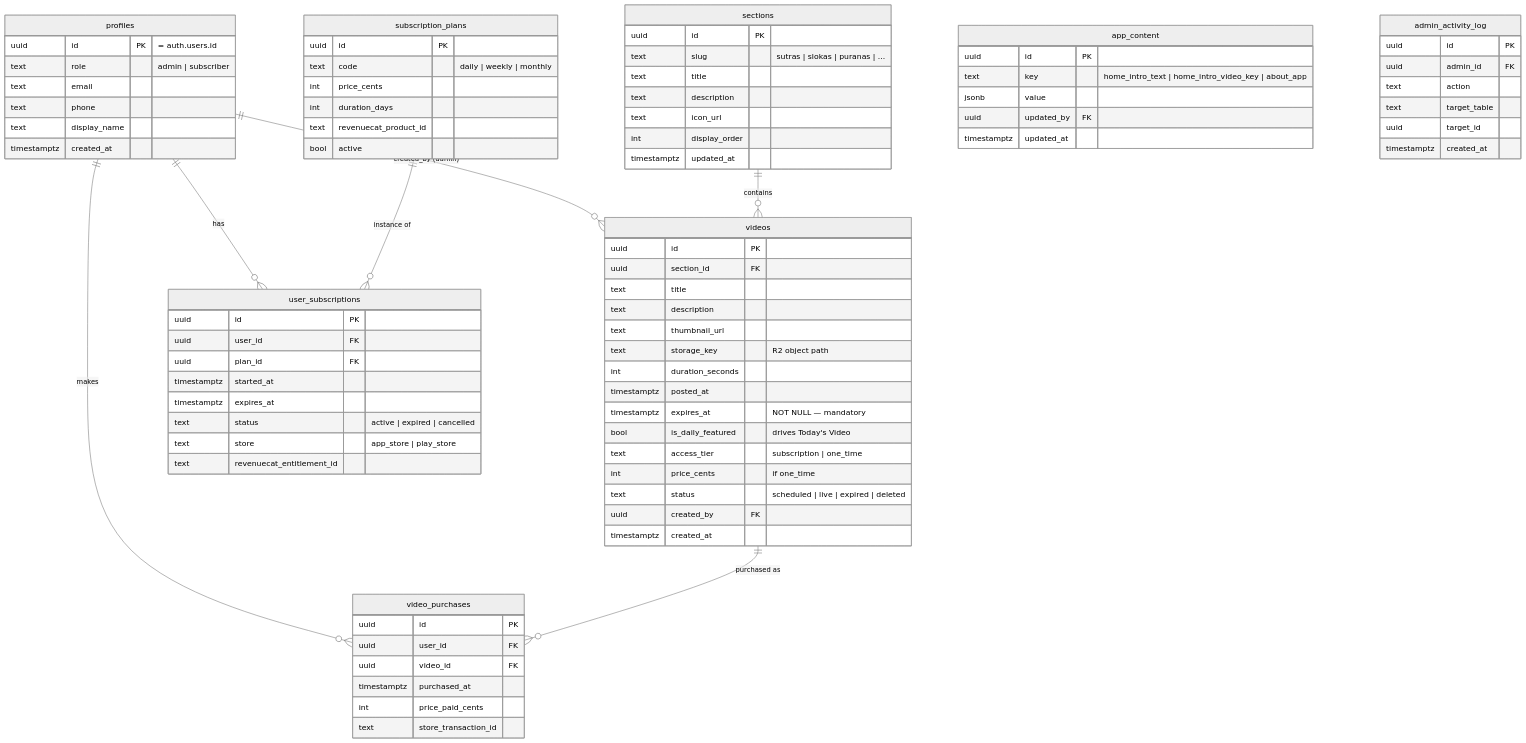
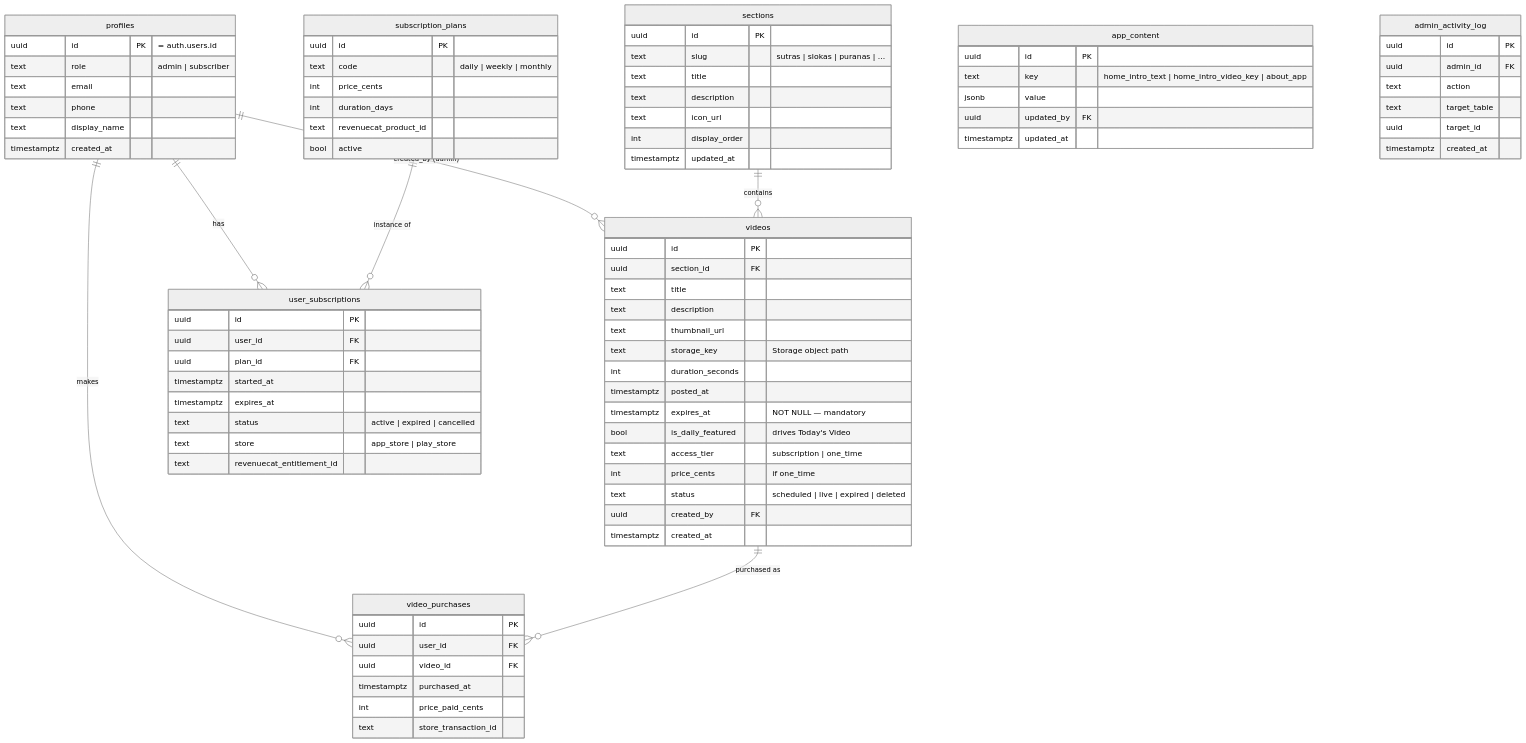
The second of 3 diagrams in ARCHITECTURE.md (healthapp100/storytelling-app), drawn with Mermaid (neutral theme) before and after one commit. The commit also changed other lines of this file and 22 other files, not shown here.

```diff
--- a/ARCHITECTURE.md
+++ b/ARCHITECTURE.md
@@ -119,7 +120,7 @@
         text title
         text description
         text thumbnail_url
-        text storage_key "R2 object path"
+        text storage_key "Storage object path"
         int duration_seconds
         timestamptz posted_at
         timestamptz expires_at "NOT NULL — mandatory"
```
